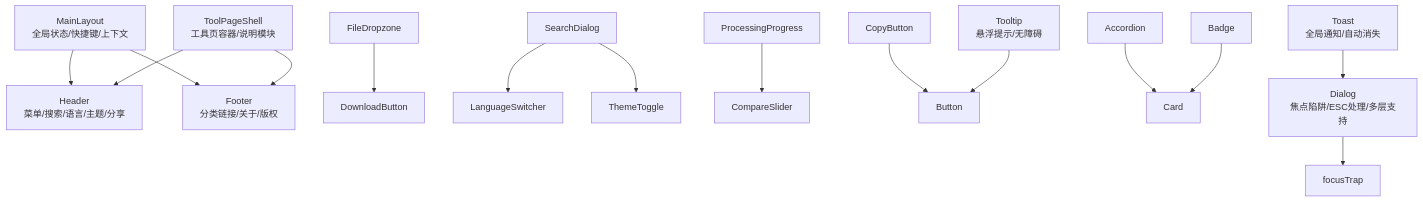
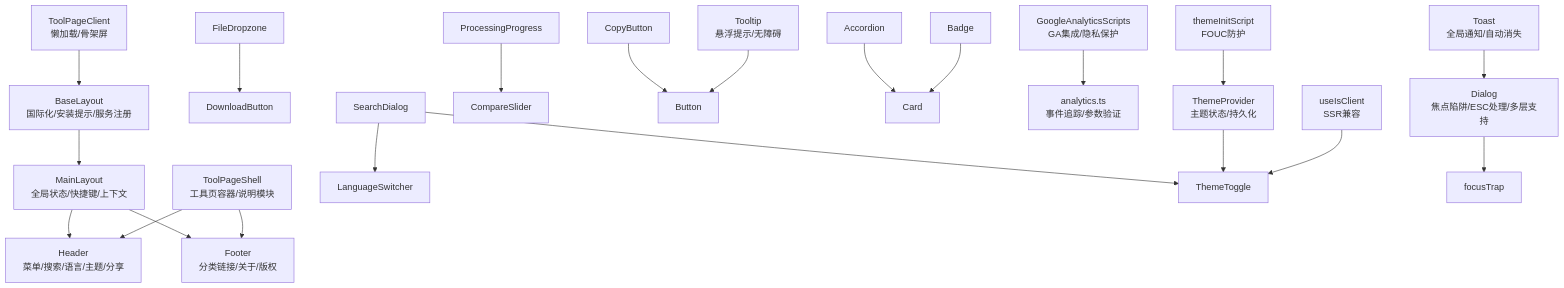
One commit to sgyy/privadeck changed the second of 11 diagrams in .qoder/repowiki/zh/content/UI组件系统/UI组件系统.md. Above: the diagram before and after it, drawn with Mermaid. The commit also changed other lines of this file and 5 other files, not shown here.

````diff
--- a/.qoder/repowiki/zh/content/UI组件系统/UI组件系统.md
+++ b/.qoder/repowiki/zh/content/UI组件系统/UI组件系统.md
@@ -167,17 +234,23 @@
 ```mermaid
 graph TB
 ML["MainLayout<br/>全局状态/快捷键/上下文"] --> HDR["Header<br/>菜单/搜索/语言/主题/分享"]
 ML --> FTR["Footer<br/>分类链接/关于/版权"]
+BL["BaseLayout<br/>国际化/安装提示/服务注册"] --> ML
 TPS["ToolPageShell<br/>工具页容器/说明模块"] --> HDR
 TPS --> FTR
+TPC["ToolPageClient<br/>懒加载/骨架屏"] --> BL
 FDZ["FileDropzone"] --> DNB["DownloadButton"]
 SDI["SearchDialog"] --> LSW["LanguageSwitcher"]
 SDI --> TMT["ThemeToggle"]
 PPG["ProcessingProgress"] --> CMP["CompareSlider"]
 CPB["CopyButton"] --> BTN["Button"]
 ACC["Accordion"] --> CAR["Card"]
 BAD["Badge"] --> CAR
+GAS["GoogleAnalyticsScripts<br/>GA集成/隐私保护"] --> ANL["analytics.ts<br/>事件追踪/参数验证"]
+TPR["ThemeProvider<br/>主题状态/持久化"] --> TMT
+TIS["themeInitScript<br/>FOUC防护"] --> TPR
+UIC["useIsClient<br/>SSR兼容"] --> TMT
 DLG["Dialog<br/>焦点陷阱/ESC处理/多层支持"] --> FT["focusTrap"]
 TST["Toast<br/>全局通知/自动消失"] --> DLG
 TTP["Tooltip<br/>悬浮提示/无障碍"] --> BTN
 ```
````
